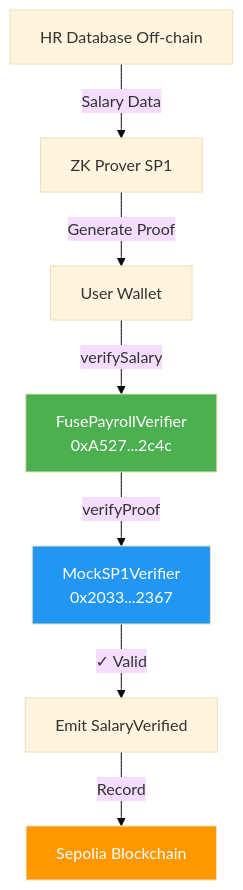
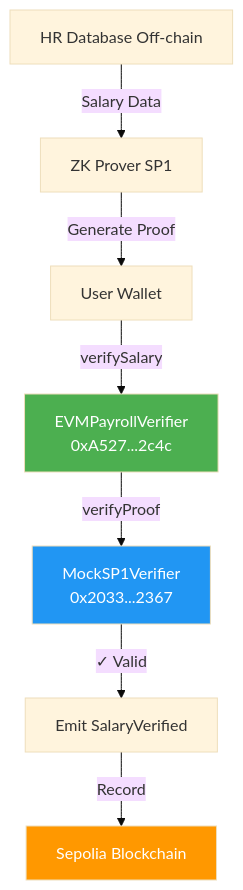
Before and after one commit to DSHIVAAY-23/Z-RWA-Monorepo: the diagram in contracts/evm/SEPOLIA_DEPLOYMENT.md, drawn with Mermaid (base theme). The commit also changed other lines of this file and 18 other files, not shown here.

````diff
--- a/contracts/evm/SEPOLIA_DEPLOYMENT.md
+++ b/contracts/evm/SEPOLIA_DEPLOYMENT.md
@@ -111,13 +111,13 @@
 ```mermaid
 graph TB
     A[HR Database Off-chain] -->|Salary Data| B[ZK Prover SP1]
     B -->|Generate Proof| C[User Wallet]
-    C -->|verifySalary| D[FusePayrollVerifier<br/>0xA527...2c4c]
+    C -->|verifySalary| D[EVMPayrollVerifier<br/>0xA527...2c4c]
     D -->|verifyProof| E[MockSP1Verifier<br/>0x2033...2367]
     E -->|✓ Valid| F[Emit SalaryVerified]
     F -->|Record| G[Sepolia Blockchain]
     
     style D fill:#4CAF50,color:#fff
     style E fill:#2196F3,color:#fff
     style G fill:#FF9800,color:#fff
 ```
````
